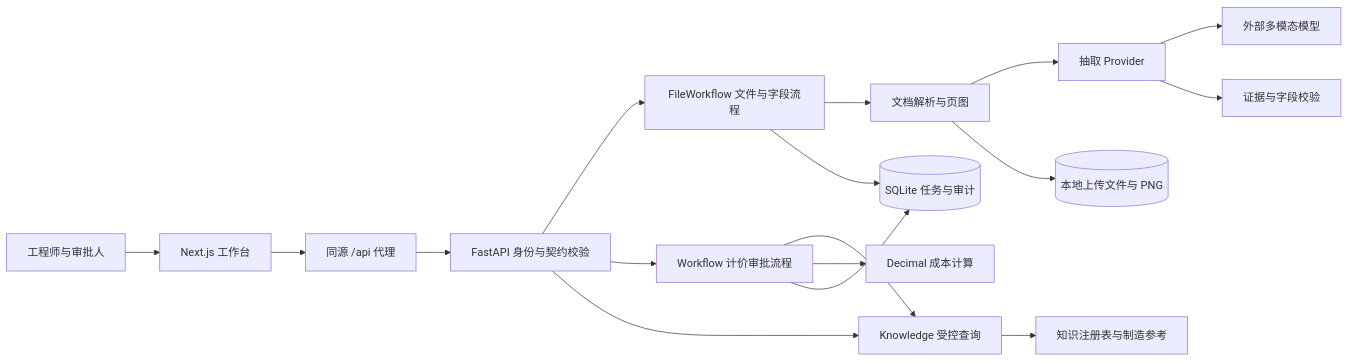
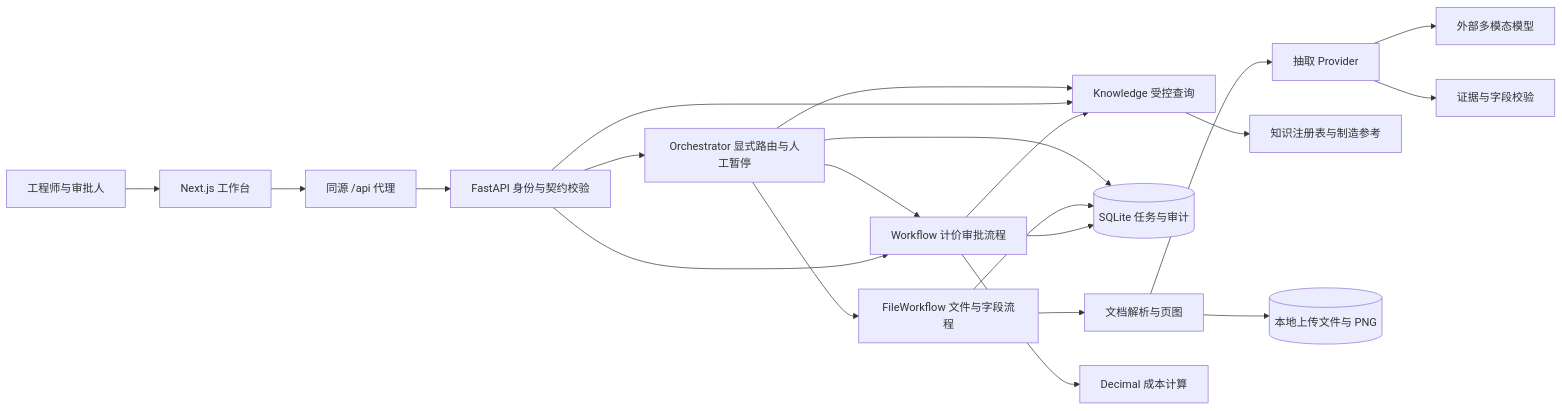
One commit to Wanjin5508/IndustrialMind changed the first of 7 diagrams in IndustrialMindAI-项目手册.md. Above: the diagram before and after it, drawn with Mermaid. The commit also changed other lines of this file and 27 other files, not shown here.

````diff
--- a/IndustrialMindAI-项目手册.md
+++ b/IndustrialMindAI-项目手册.md
@@ -92,19 +92,23 @@
 ```mermaid
 flowchart LR
   U[工程师与审批人] --> UI[Next.js 工作台]
   UI --> P[同源 /api 代理]
   P --> API[FastAPI 身份与契约校验]
-  API --> F[FileWorkflow 文件与字段流程]
+  API --> O[Orchestrator 显式路由与人工暂停]
+  O --> F[FileWorkflow 文件与字段流程]
+  O --> W
+  O --> K
+  O --> DB
   API --> W[Workflow 计价审批流程]
   API --> K[Knowledge 受控查询]
   F --> D[文档解析与页图]
   D --> X[抽取 Provider]
   X --> L[外部多模态模型]
   X --> E[证据与字段校验]
   W --> K
   K --> R[知识注册表与制造参考]
   W --> C[Decimal 成本计算]
   F --> DB[(SQLite 任务与审计)]
   W --> DB
   D --> FS[(本地上传文件与 PNG)]
 ```
````
